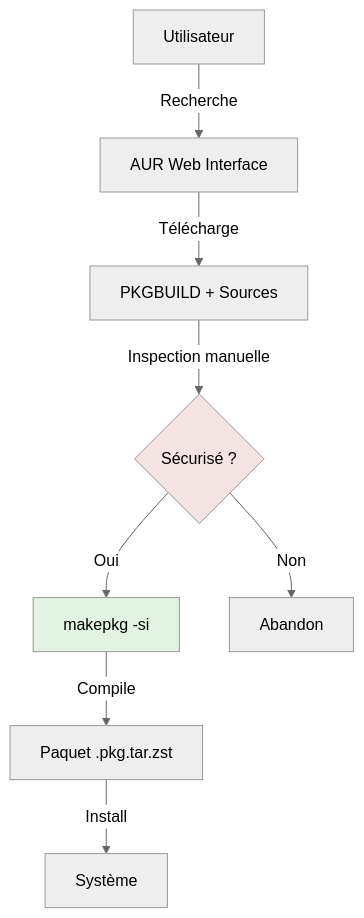
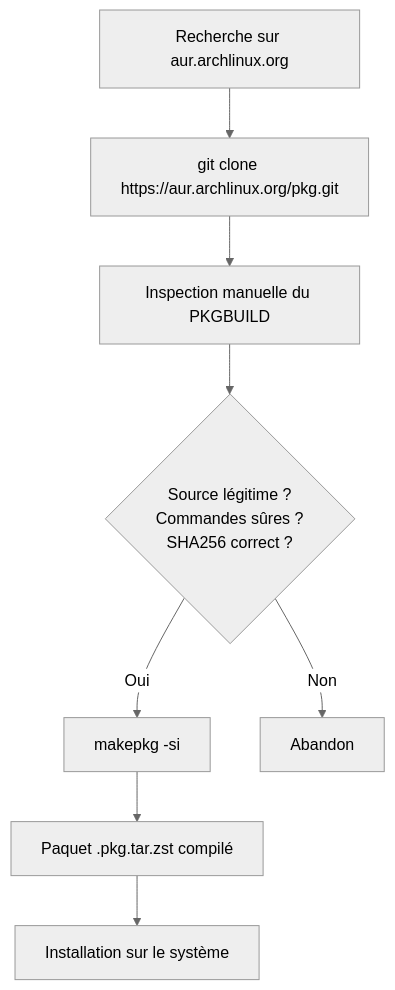
One commit to zyrass/omnydocs changed the third of 3 diagrams in docs/bases/paquets/pacman-arch.md. Above: the diagram before and after it, drawn with Mermaid (neutral theme). The commit also changed other lines of this file and 671 other files, not shown here.

````diff
--- a/docs/bases/paquets/pacman-arch.md
+++ b/docs/bases/paquets/pacman-arch.md
@@ -775,13 +626,19 @@
 ```mermaid
-graph TD
-    A[Utilisateur] -->|Recherche| B[AUR Web Interface]
-    B -->|Télécharge| C[PKGBUILD + Sources]
-    C -->|Inspection manuelle| D{Sécurisé ?}
-    D -->|Oui| E[makepkg -si]
-    D -->|Non| F[Abandon]
-    E -->|Compile| G[Paquet .pkg.tar.zst]
-    G -->|Install| H[Système]
-    
-    style D fill:#f3e3e3
-    style E fill:#e3f3e3
+flowchart TB
+    A["Recherche sur aur.archlinux.org"]
+    B["git clone https://aur.archlinux.org/pkg.git"]
+    C["Inspection manuelle du PKGBUILD"]
+    D{"Source légitime ?<br />Commandes sûres ?<br />SHA256 correct ?"}
+    E["makepkg -si"]
+    F["Abandon"]
+    G["Paquet .pkg.tar.zst compilé"]
+    H["Installation sur le système"]
+
+    A --> B
+    B --> C
+    C --> D
+    D -->|Oui| E
+    D -->|Non| F
+    E --> G
+    G --> H
 ```
````
